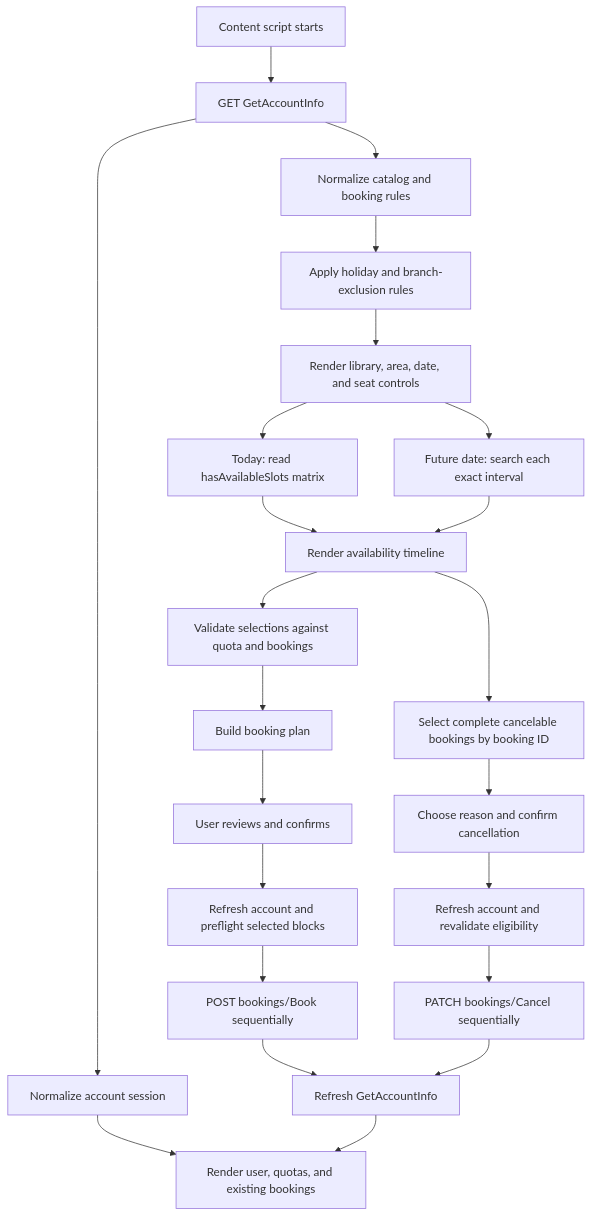
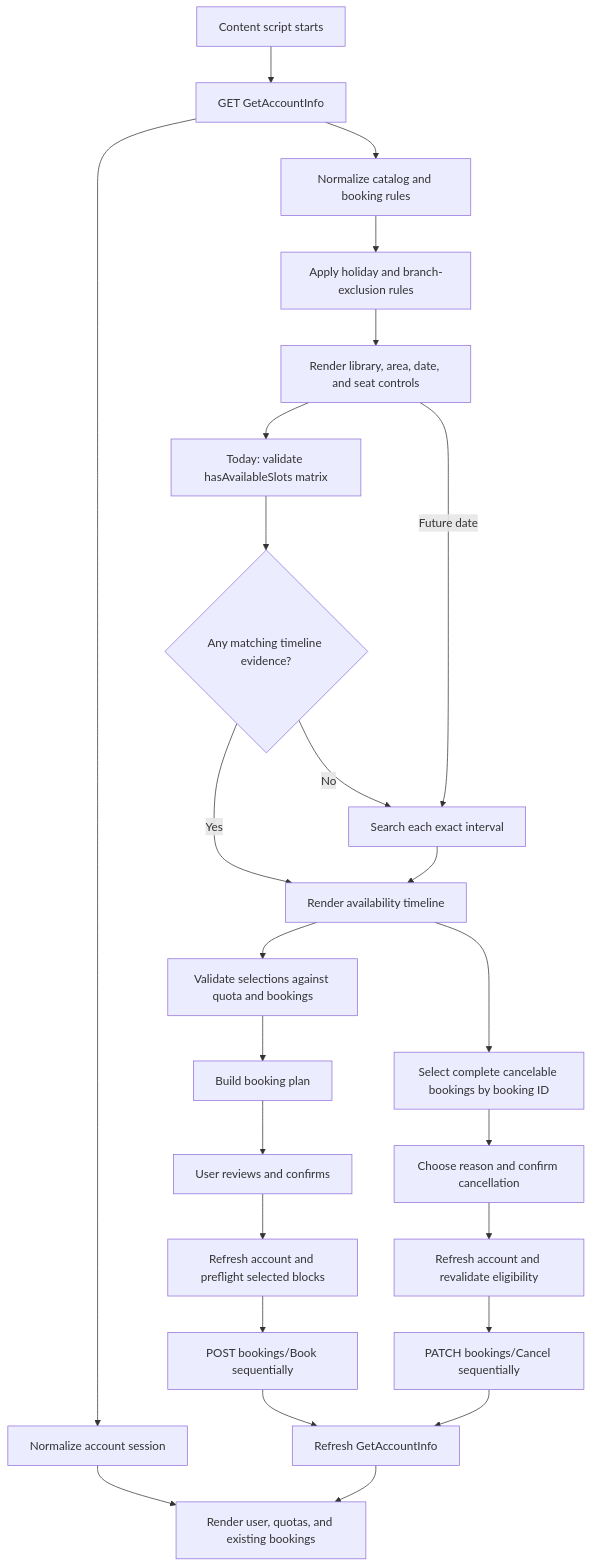
Before and after one commit to teamcmcbot/nlb-seat-booking-extension: the diagram in docs/extension-architecture.md, drawn with Mermaid. The commit also changed other lines of this file and 7 other files, not shown here.

````diff
--- a/docs/extension-architecture.md
+++ b/docs/extension-architecture.md
@@ -98,25 +98,28 @@
 ```mermaid
 flowchart TD
     A["Content script starts"] --> B["GET GetAccountInfo"]
     B --> C["Normalize account session"]
     B --> D["Normalize catalog and booking rules"]
     C --> E["Render user, quotas, and existing bookings"]
     D --> V["Apply holiday and branch-exclusion rules"]
     V --> F["Render library, area, date, and seat controls"]
-    F --> G["Today: read hasAvailableSlots matrix"]
-    F --> Q["Future date: search each exact interval"]
-    G --> H["Render availability timeline"]
+    F --> G["Today: validate hasAvailableSlots matrix"]
+    G --> W{"Any matching timeline evidence?"}
+    W -->|"Yes"| H
+    W -->|"No"| Q
+    F -->|"Future date"| Q["Search each exact interval"]
     Q --> H
+    H["Render availability timeline"]
     H --> I["Validate selections against quota and bookings"]
     I --> M["Build booking plan"]
     H --> R["Select complete cancelable bookings by booking ID"]
     M --> N["User reviews and confirms"]
     R --> S["Choose reason and confirm cancellation"]
     N --> J["Refresh account and preflight selected blocks"]
     S --> T["Refresh account and revalidate eligibility"]
     J --> O["POST bookings/Book sequentially"]
     T --> U["PATCH bookings/Cancel sequentially"]
     O --> P["Refresh GetAccountInfo"]
     U --> P
     P --> E
 ```
````
